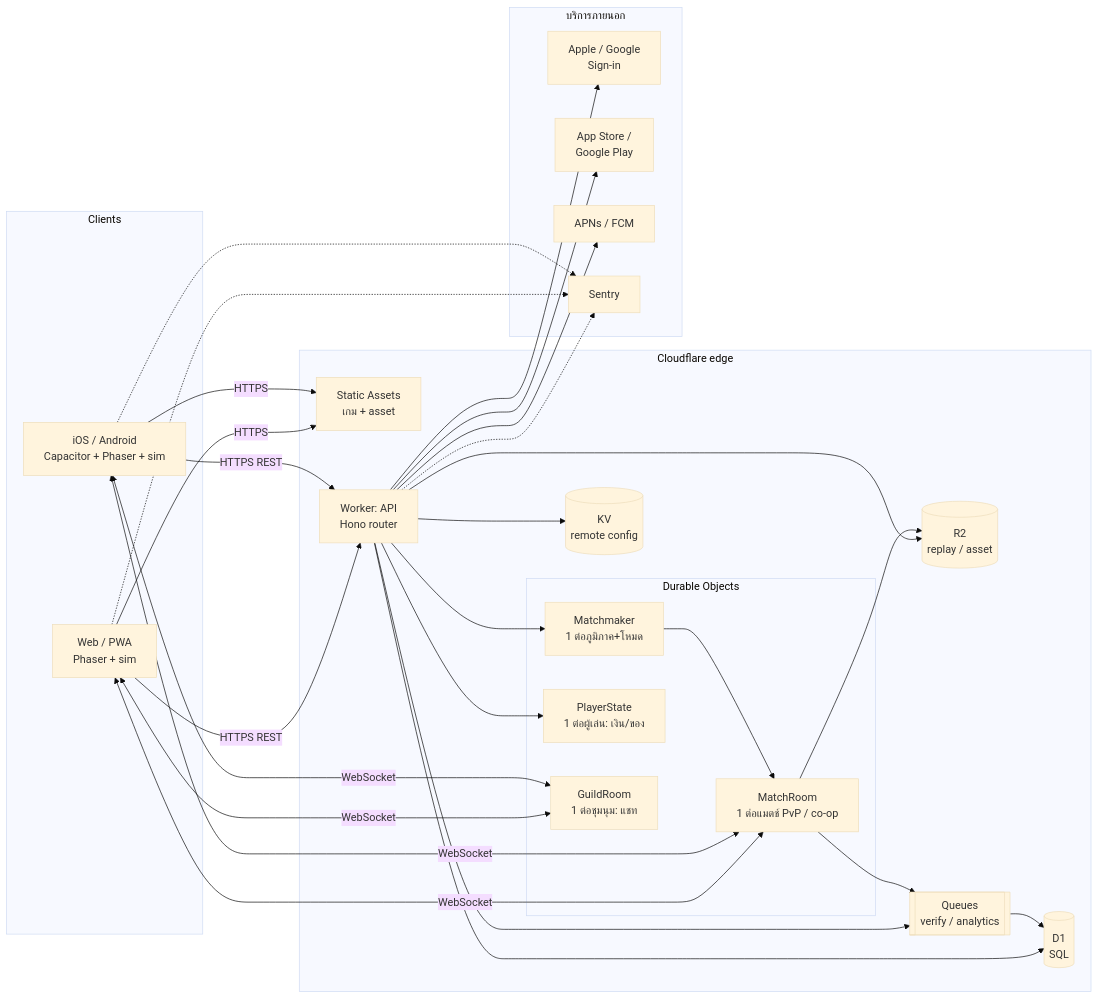
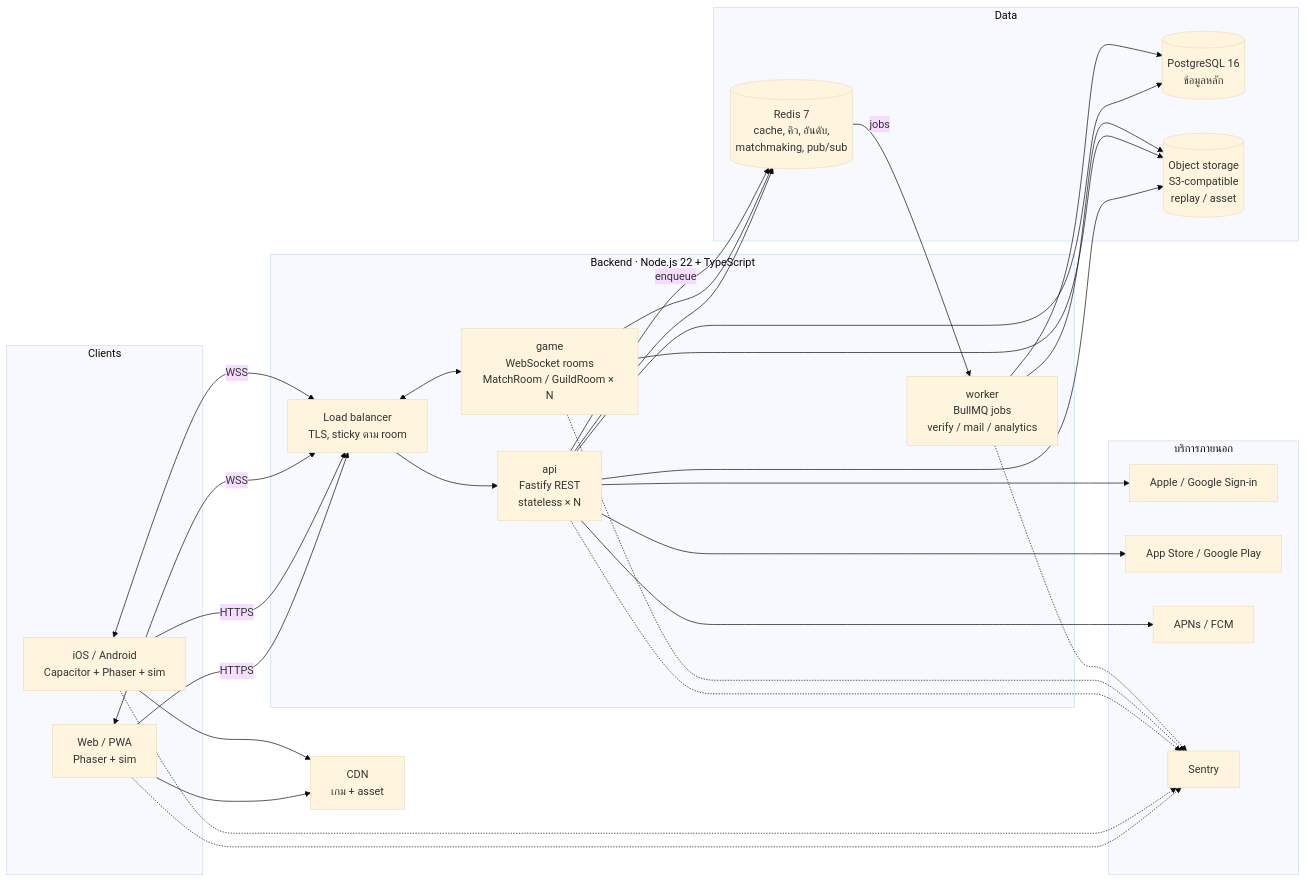
One commit to jonmaxmore/TD-Games-Idel changed the first of 4 diagrams in docs/design/architecture.md. Above: the diagram before and after it, drawn with Mermaid (base theme). The commit also changed other lines of this file and 8 other files, not shown here.

First line of the commit message:
Switch backend design to Node.js + PostgreSQL + Redis (ADR 0003)

````diff
--- a/docs/design/architecture.md
+++ b/docs/design/architecture.md
@@ -16,40 +17,42 @@
 ```mermaid
 flowchart LR
   subgraph Clients
     WEB[Web / PWA<br/>Phaser + sim]
     APP[iOS / Android<br/>Capacitor + Phaser + sim]
   end
 
-  subgraph CF[Cloudflare edge]
-    ASSETS[Static Assets<br/>เกม + asset]
-    API[Worker: API<br/>Hono router]
-    subgraph DO[Durable Objects]
-      MATCH[MatchRoom<br/>1 ต่อแมตช์ PvP / co-op]
-      MM[Matchmaker<br/>1 ต่อภูมิภาค+โหมด]
-      PLAYER[PlayerState<br/>1 ต่อผู้เล่น: เงิน/ของ]
-      GUILD[GuildRoom<br/>1 ต่อชุมนุม: แชท]
-    end
-    D1[(D1<br/>SQL)]
-    KV[(KV<br/>remote config)]
-    R2[(R2<br/>replay / asset)]
-    Q[[Queues<br/>verify / analytics]]
+  CDN[CDN<br/>เกม + asset]
+
+  subgraph Backend[Backend · Node.js 22 + TypeScript]
+    LB[Load balancer<br/>TLS, sticky ตาม room]
+    API[api<br/>Fastify REST<br/>stateless × N]
+    GAME[game<br/>WebSocket rooms<br/>MatchRoom / GuildRoom × N]
+    WORKER[worker<br/>BullMQ jobs<br/>verify / mail / analytics]
+  end
+
+  subgraph Data
+    PG[(PostgreSQL 16<br/>ข้อมูลหลัก)]
+    REDIS[(Redis 7<br/>cache, คิว, อันดับ,<br/>matchmaking, pub/sub)]
+    S3[(Object storage<br/>S3-compatible<br/>replay / asset)]
   end
 
   subgraph Ext[บริการภายนอก]
-    IDP[Apple / Google<br/>Sign-in]
-    STORE[App Store /<br/>Google Play]
+    IDP[Apple / Google Sign-in]
+    STORE[App Store / Google Play]
     PUSH[APNs / FCM]
     SENTRY[Sentry]
   end
 
-  WEB & APP -->|HTTPS| ASSETS
-  WEB & APP -->|HTTPS REST| API
-  WEB & APP <-->|WebSocket| MATCH
-  WEB & APP <-->|WebSocket| GUILD
-  API --> PLAYER & MM & D1 & KV & R2 & Q
-  MM --> MATCH
-  MATCH --> R2 & Q
-  Q --> D1
+  WEB & APP --> CDN
+  WEB & APP -->|HTTPS| LB
+  WEB & APP <-->|WSS| LB
+  LB --> API
+  LB <--> GAME
+  API --> PG & REDIS & S3
+  GAME --> REDIS & S3
+  API -->|enqueue| REDIS
+  REDIS -->|jobs| WORKER
+  WORKER --> PG & S3
   API --> IDP & STORE & PUSH
-  WEB & APP & API -.-> SENTRY
+  WEB & APP & API & GAME & WORKER -.-> SENTRY
 ```
````
